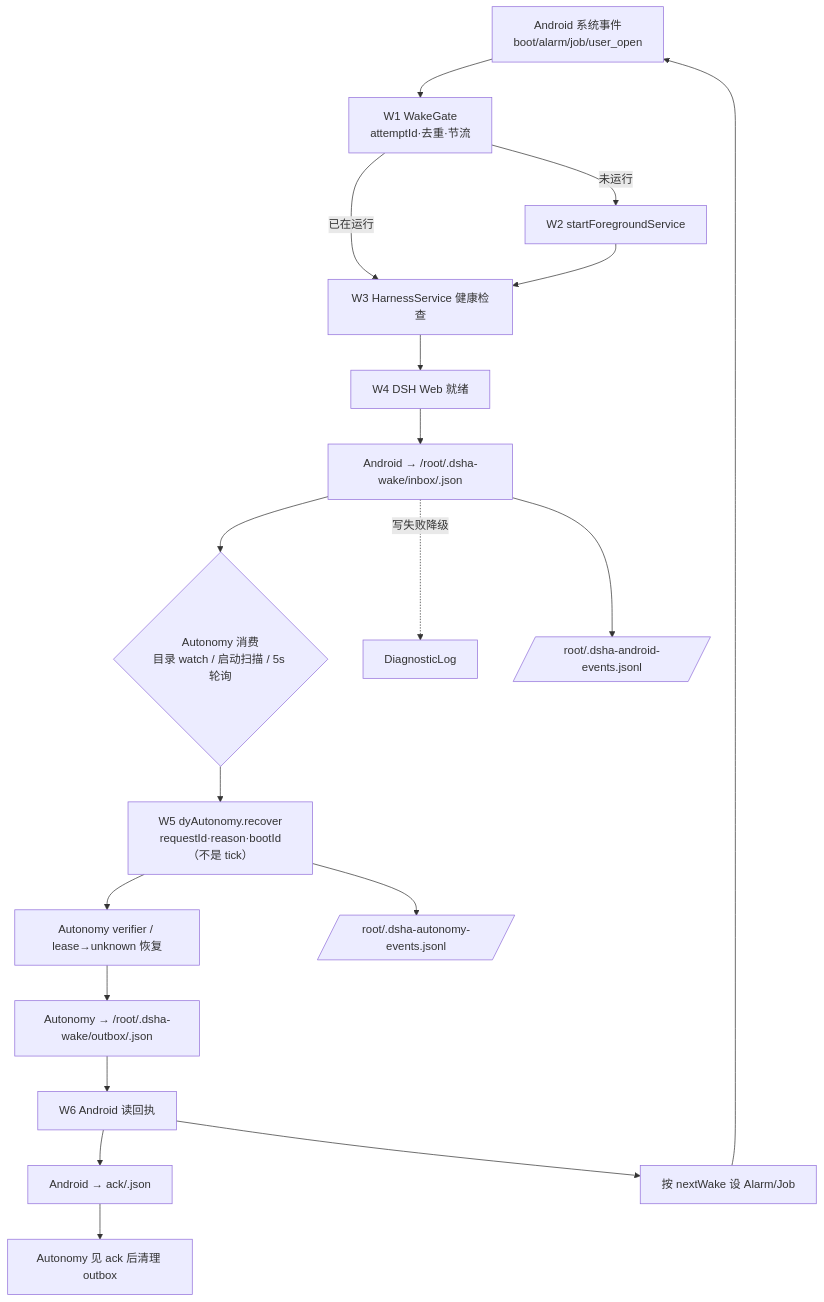
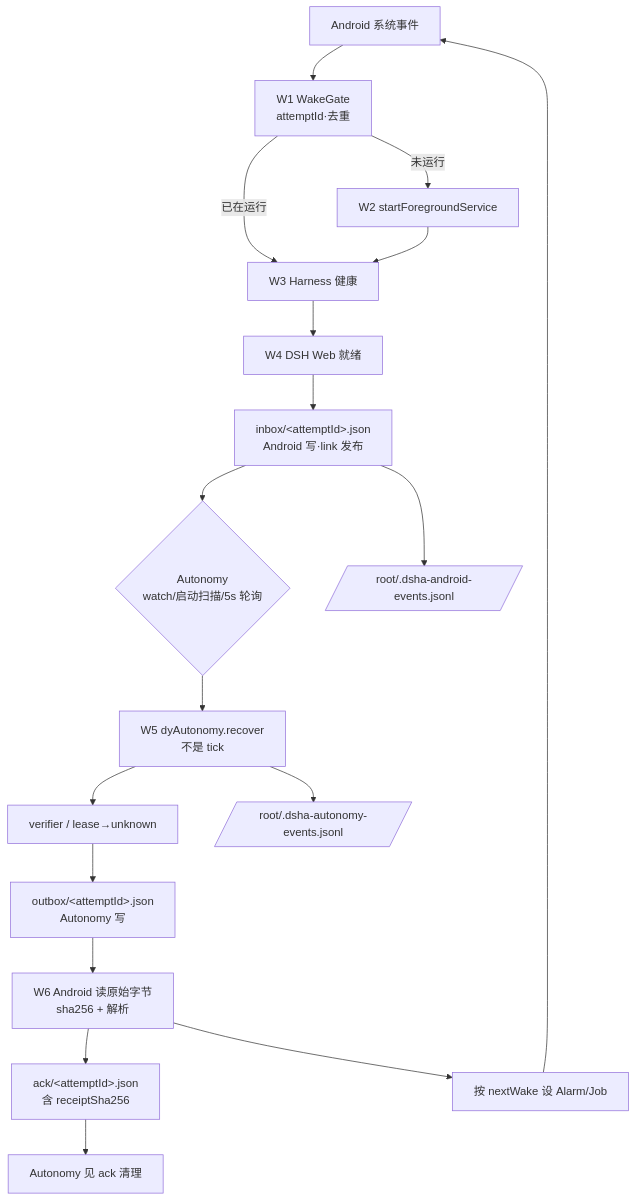
Before and after one commit to ba-song/dsh-memory-core: the diagram in coordination/Android 平台负责人报告.md, drawn with Mermaid. The commit also changed other lines of this file, not shown here.

Commit message:
docs(coordination): Android 平台负责人报告 v4 (align with Autonomy v3: ack retention, receipt sha256, verifier_retry, allowDefer, publish protocol)

````diff
--- a/coordination/Android 平台负责人报告.md
+++ b/coordination/Android 平台负责人报告.md
@@ -103,21 +173,20 @@
 ```mermaid
 flowchart TD
-  SYS[Android 系统事件<br/>boot/alarm/job/user_open] --> WG[W1 WakeGate<br/>attemptId·去重·节流]
-  WG -->|已在运行| W3[W3 HarnessService 健康检查]
+  SYS[Android 系统事件] --> WG[W1 WakeGate<br/>attemptId·去重]
+  WG -->|已在运行| W3[W3 Harness 健康]
   WG -->|未运行| W2[W2 startForegroundService]
   W2 --> W3
   W3 --> W4[W4 DSH Web 就绪]
-  W4 --> IN[Android → /root/.dsha-wake/inbox/<attemptId>.json]
-  IN --> CONS{Autonomy 消费<br/>目录 watch / 启动扫描 / 5s 轮询}
-  CONS --> REC[W5 dyAutonomy.recover<br/>requestId·reason·bootId（不是 tick）]
-  REC --> VER[Autonomy verifier / lease→unknown 恢复]
-  VER --> OUT[Autonomy → /root/.dsha-wake/outbox/<attemptId>.json]
-  OUT --> RD[W6 Android 读回执]
-  RD --> ACK[Android → ack/<attemptId>.json]
-  ACK --> CLN[Autonomy 见 ack 后清理 outbox]
+  W4 --> IN[inbox/&lt;attemptId&gt;.json<br/>Android 写·link 发布]
+  IN --> CONS{Autonomy<br/>watch/启动扫描/5s 轮询}
+  CONS --> REC[W5 dyAutonomy.recover<br/>不是 tick]
+  REC --> VER[verifier / lease→unknown]
+  VER --> OUT[outbox/&lt;attemptId&gt;.json<br/>Autonomy 写]
+  OUT --> RD[W6 Android 读原始字节<br/>sha256 + 解析]
+  RD --> ACK[ack/&lt;attemptId&gt;.json<br/>含 receiptSha256]
+  ACK --> CLN[Autonomy 见 ack 清理]
   RD --> NW[按 nextWake 设 Alarm/Job]
   NW --> SYS
-  IN -.写失败降级.-> DL[DiagnosticLog]
   IN --> AE[/root/.dsha-android-events.jsonl/]
   REC --> UE[/root/.dsha-autonomy-events.jsonl/]
 ```
````
